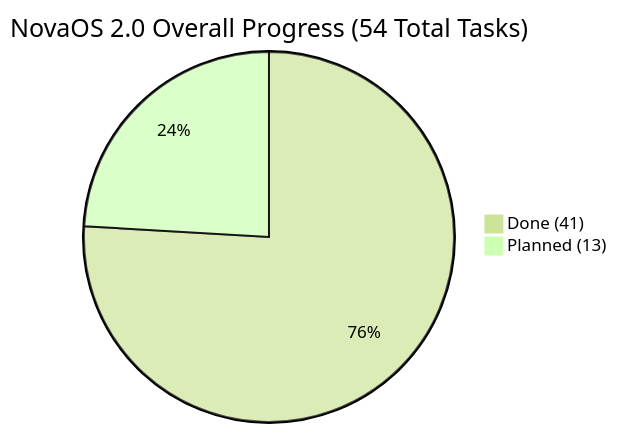
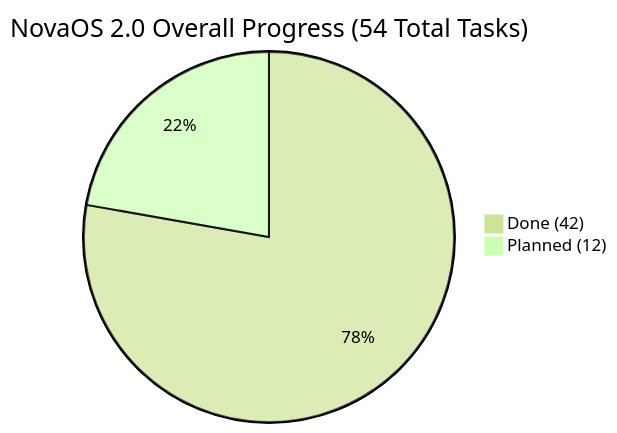
Before and after one commit to firoze-hossain/novaos: the diagram in NovaOS_Build_Plan.md, drawn with Mermaid (forest theme). The commit also changed other lines of this file and 16 other files, not shown here.

````diff
--- a/NovaOS_Build_Plan.md
+++ b/NovaOS_Build_Plan.md
@@ -9,5 +9,5 @@
 ```mermaid
 pie title NovaOS 2.0 Overall Progress (54 Total Tasks)
-    "Done (41)" : 41
-    "Planned (13)" : 13
+    "Done (42)" : 42
+    "Planned (12)" : 12
 ```
````
